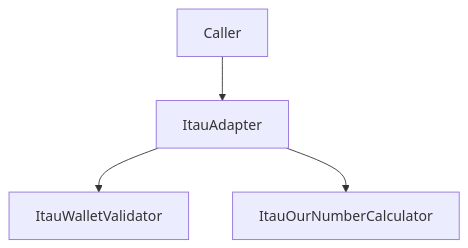
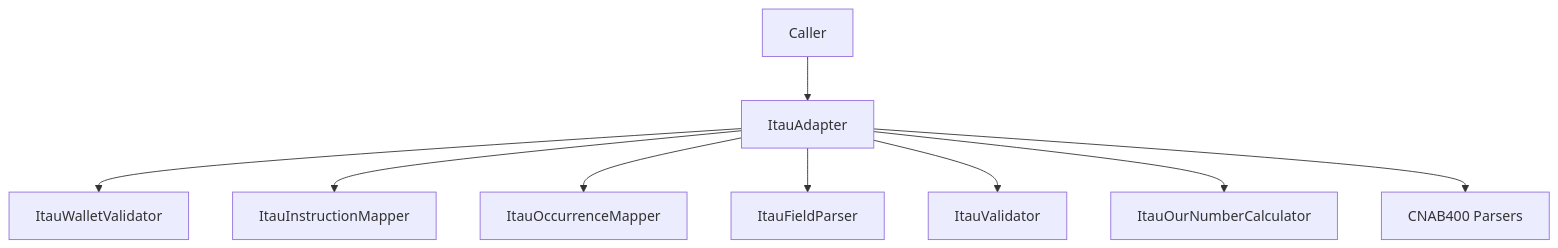
One commit to linkiez/BoletoSDK changed the diagram in src/adapters/itau/ItauAdapter.doc.md. Above: the diagram before and after it, drawn with Mermaid. The commit also changed other lines of this file and 28 other files, not shown here.

````diff
--- a/src/adapters/itau/ItauAdapter.doc.md
+++ b/src/adapters/itau/ItauAdapter.doc.md
@@ -38,6 +71,11 @@
 ```mermaid
 flowchart TD
   A[Caller] --> B[ItauAdapter]
   B --> C[ItauWalletValidator]
-  B --> D[ItauOurNumberCalculator]
+  B --> D[ItauInstructionMapper]
+  B --> E[ItauOccurrenceMapper]
+  B --> F[ItauFieldParser]
+  B --> G[ItauValidator]
+  B --> H[ItauOurNumberCalculator]
+  B --> I[CNAB400 Parsers]
 ```
````
